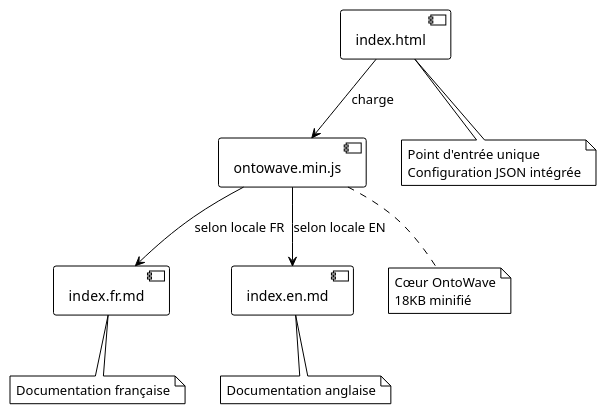
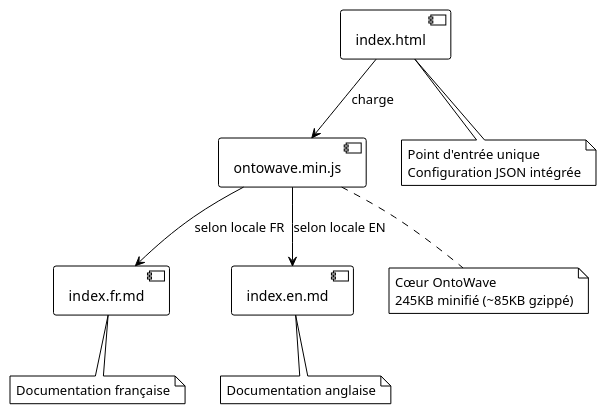
One commit to stephanedenis/OntoWave changed the first of 3 diagrams in docs/index.fr.md. Above: the diagram before and after it, drawn with PlantUML. The commit also changed other lines of this file and 1 other file, not shown here.

````diff
--- a/docs/index.fr.md
+++ b/docs/index.fr.md
@@ -56,20 +58,20 @@
 ```plantuml
 @startuml Vue_Ensemble
 !theme plain
 
 component "index.html" as HTML
 component "ontowave.min.js" as Core
 component "index.fr.md" as DocFR
 component "index.en.md" as DocEN
 
 HTML --> Core : charge
 Core --> DocFR : selon locale FR
 Core --> DocEN : selon locale EN
 
 note bottom of HTML : Point d'entrée unique\nConfiguration JSON intégrée
-note bottom of Core : Cœur OntoWave\n18KB minifié
+note bottom of Core : Cœur OntoWave\n245KB minifié (~85KB gzippé)
 note bottom of DocFR : Documentation française
 note bottom of DocEN : Documentation anglaise
 
 @enduml
 ```
````
